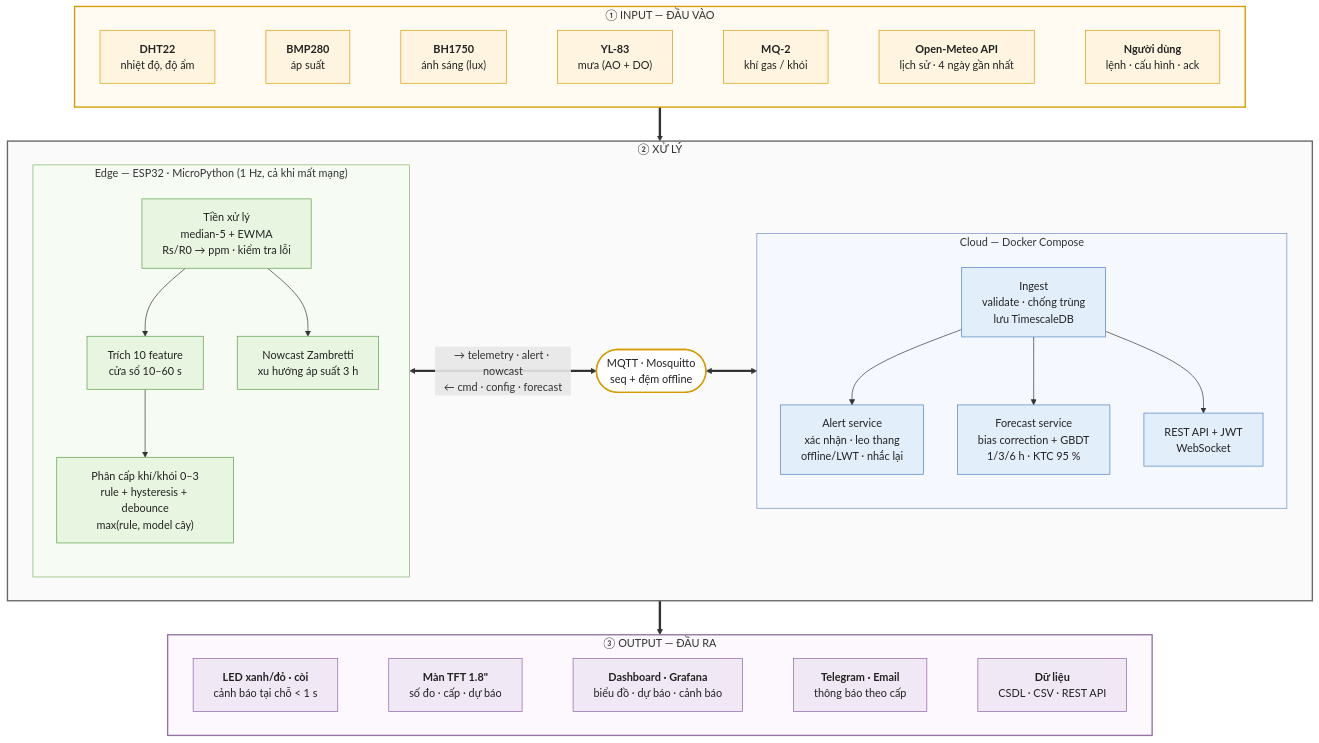
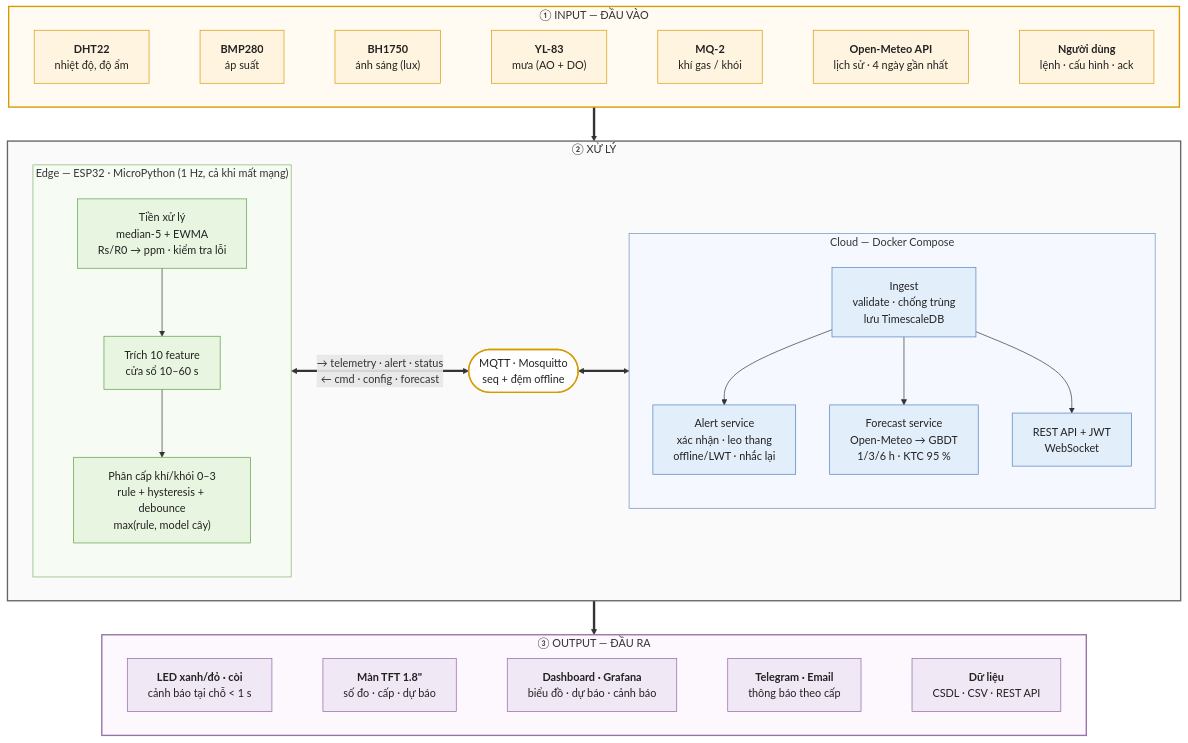
One commit to danhle396/pythonnhung changed the first of 3 diagrams in docs/architecture/diagrams.md. Above: the diagram before and after it, drawn with Mermaid. The commit also changed other lines of this file and 176 other files, not shown here.

````diff
--- a/docs/architecture/diagrams.md
+++ b/docs/architecture/diagrams.md
@@ -7,68 +7,66 @@
 ```mermaid
 flowchart TB
     subgraph IN["① INPUT — ĐẦU VÀO"]
         direction LR
         I1["<b>DHT22</b><br/>nhiệt độ, độ ẩm"]
         I2["<b>BMP280</b><br/>áp suất"]
         I3["<b>BH1750</b><br/>ánh sáng (lux)"]
         I4["<b>YL-83</b><br/>mưa (AO + DO)"]
         I5["<b>MQ-2</b><br/>khí gas / khói"]
         I6["<b>Open-Meteo API</b><br/>lịch sử · 4 ngày gần nhất"]
         I7["<b>Người dùng</b><br/>lệnh · cấu hình · ack"]
         I1 ~~~ I2 ~~~ I3 ~~~ I4 ~~~ I5 ~~~ I6 ~~~ I7
     end
 
     subgraph PROC["② XỬ LÝ"]
         direction LR
         subgraph EDGE["Edge — ESP32 · MicroPython (1 Hz, cả khi mất mạng)"]
             direction TB
             P1["Tiền xử lý<br/>median-5 + EWMA<br/>Rs/R0 → ppm · kiểm tra lỗi"]
             P2["Trích 10 feature<br/>cửa sổ 10–60 s"]
             P3["Phân cấp khí/khói 0–3<br/>rule + hysteresis + debounce<br/>max(rule, model cây)"]
-            P4["Nowcast Zambretti<br/>xu hướng áp suất 3 h"]
             P1 --> P2 --> P3
-            P1 --> P4
         end
         MQ(["MQTT · Mosquitto<br/>seq + đệm offline"])
         subgraph CLOUD["Cloud — Docker Compose"]
             direction TB
             C1["Ingest<br/>validate · chống trùng<br/>lưu TimescaleDB"]
             C2["Alert service<br/>xác nhận · leo thang<br/>offline/LWT · nhắc lại"]
-            C3["Forecast service<br/>bias correction + GBDT<br/>1/3/6 h · KTC 95 %"]
+            C3["Forecast service<br/>Open-Meteo → GBDT<br/>1/3/6 h · KTC 95 %"]
             C4["REST API + JWT<br/>WebSocket"]
             C1 --> C2
             C1 --> C3
             C1 --> C4
         end
-        EDGE <== "→ telemetry · alert · nowcast<br/>← cmd · config · forecast" ==> MQ
+        EDGE <== "→ telemetry · alert · status<br/>← cmd · config · forecast" ==> MQ
         MQ <==> CLOUD
     end
 
     subgraph OUT["③ OUTPUT — ĐẦU RA"]
         direction LR
         O1["<b>LED xanh/đỏ · còi</b><br/>cảnh báo tại chỗ < 1 s"]
         O2["<b>Màn TFT 1.8&quot;</b><br/>số đo · cấp · dự báo"]
         O3["<b>Dashboard · Grafana</b><br/>biểu đồ · dự báo · cảnh báo"]
         O4["<b>Telegram · Email</b><br/>thông báo theo cấp"]
         O5["<b>Dữ liệu</b><br/>CSDL · CSV · REST API"]
         O1 ~~~ O2 ~~~ O3 ~~~ O4 ~~~ O5
     end
 
     IN ==> PROC ==> OUT
 
     classDef inp fill:#FFF4E0,stroke:#D79B00,color:#222
     classDef edge fill:#E8F5E1,stroke:#5C9E45,color:#222
     classDef cloud fill:#E3EEFB,stroke:#4F7FBF,color:#222
     classDef out fill:#F1E8F6,stroke:#8E63A8,color:#222
     classDef bus fill:#FFFFFF,stroke:#D79B00,stroke-width:2px,color:#222
     class I1,I2,I3,I4,I5,I6,I7 inp
     class P1,P2,P3,P4 edge
     class C1,C2,C3,C4 cloud
     class O1,O2,O3,O4,O5 out
     class MQ bus
     style IN fill:#FFFBF3,stroke:#D79B00,stroke-width:2px
     style PROC fill:#FAFAFA,stroke:#666,stroke-width:2px
     style EDGE fill:#F6FBF4,stroke:#82B366
     style CLOUD fill:#F5F9FF,stroke:#6C8EBF
     style OUT fill:#FCF8FD,stroke:#9673A6,stroke-width:2px
 ```
````
